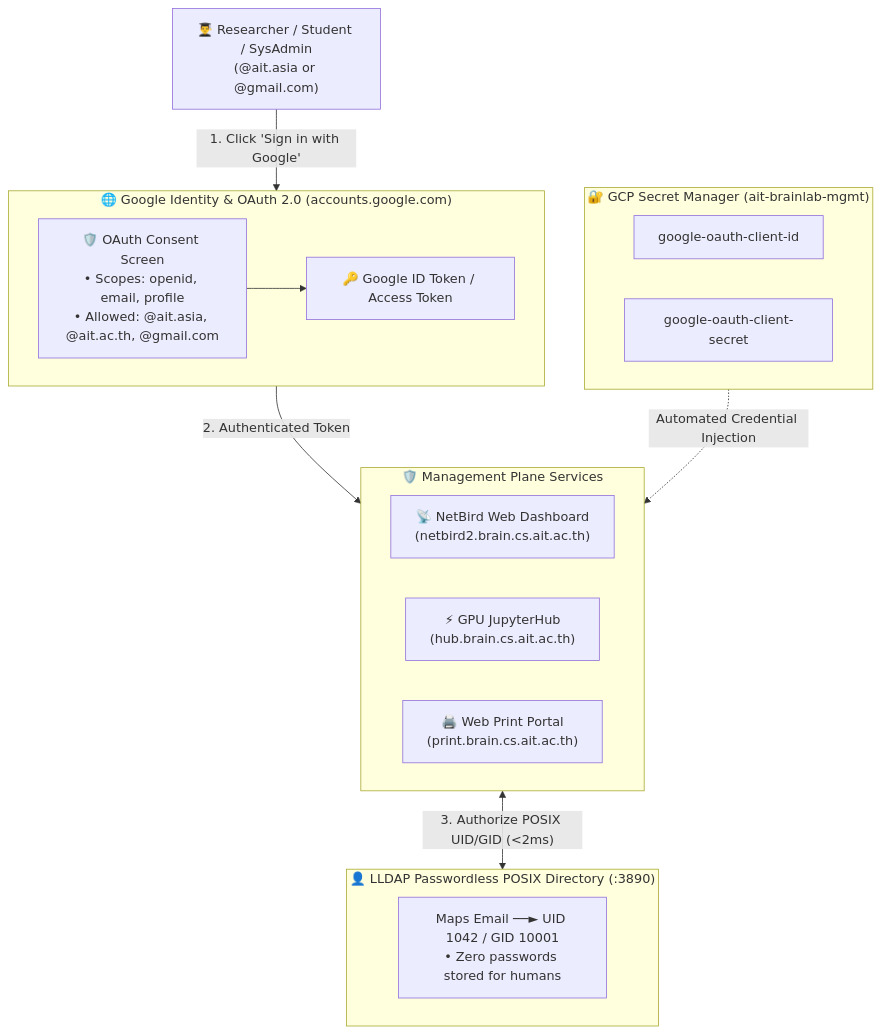
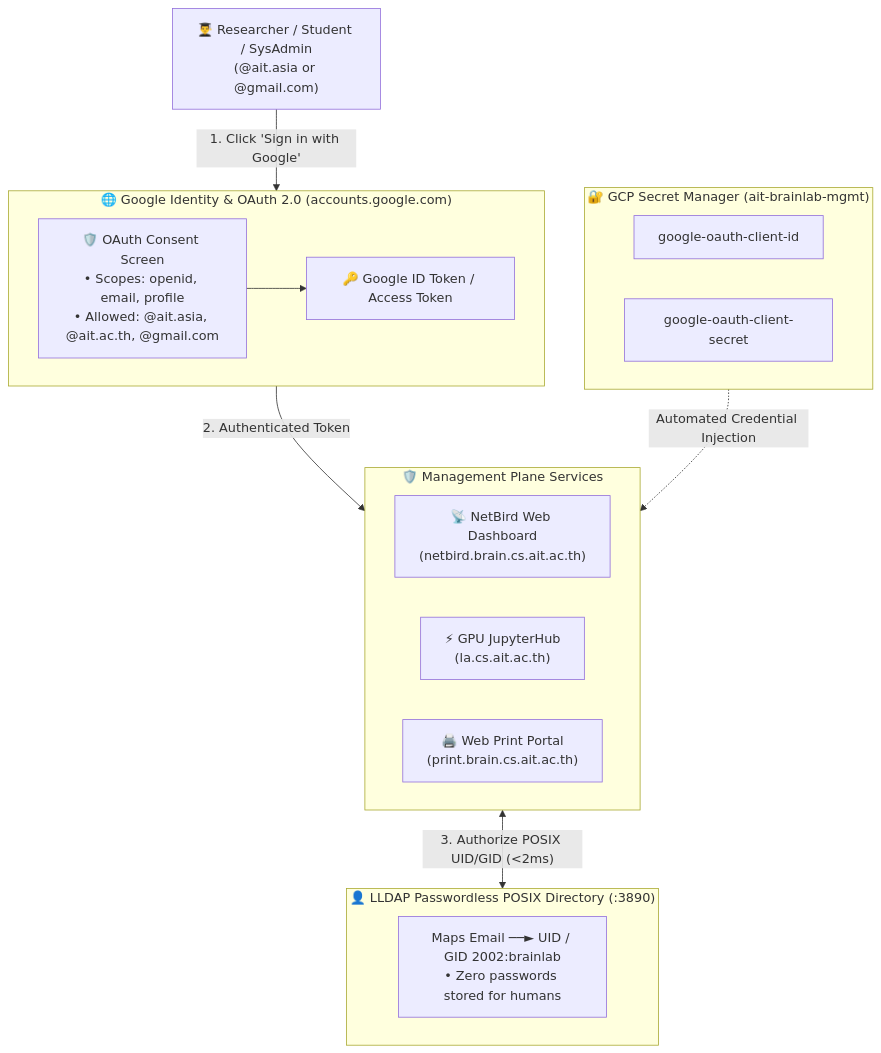
The diagram in mgmt/oauth_setup.md (AIT-brainlab/brainlab-base), drawn with Mermaid before and after one commit. The commit also changed other lines of this file and 13 other files, not shown here.

First line of the commit message:
docs: align all runbooks with canonical DNS, storage, and identity architecture

````diff
--- a/mgmt/oauth_setup.md
+++ b/mgmt/oauth_setup.md
@@ -19,30 +19,30 @@
 ```mermaid
 flowchart TD
     User["👨‍🎓 Researcher / Student / SysAdmin<br/>(@ait.asia or @gmail.com)"]
     
     subgraph GoogleOIDC ["🌐 Google Identity & OAuth 2.0 (accounts.google.com)"]
         OAuthScreen["🛡️ OAuth Consent Screen<br/>• Scopes: openid, email, profile<br/>• Allowed: @ait.asia, @ait.ac.th, @gmail.com"]
         GoogleTokens["🔑 Google ID Token / Access Token"]
         OAuthScreen --> GoogleTokens
     end
 
     subgraph SecretManager ["🔐 GCP Secret Manager (ait-brainlab-mgmt)"]
         SecClientID["google-oauth-client-id"]
         SecClientSecret["google-oauth-client-secret"]
     end
 
     subgraph ControlPlane ["🛡️ Management Plane Services"]
-        NetBird["📡 NetBird Web Dashboard<br/>(netbird2.brain.cs.ait.ac.th)"]
-        JupyterHub["⚡ GPU JupyterHub<br/>(hub.brain.cs.ait.ac.th)"]
+        NetBird["📡 NetBird Web Dashboard<br/>(netbird.brain.cs.ait.ac.th)"]
+        JupyterHub["⚡ GPU JupyterHub<br/>(la.cs.ait.ac.th)"]
         WebPrint["🖨️ Web Print Portal<br/>(print.brain.cs.ait.ac.th)"]
     end
 
     subgraph LLDAP_Dir ["👤 LLDAP Passwordless POSIX Directory (:3890)"]
-        POSIX["Maps Email ──► UID 1042 / GID 10001<br/>• Zero passwords stored for humans"]
+        POSIX["Maps Email ──► UID / GID 2002:brainlab<br/>• Zero passwords stored for humans"]
     end
 
     User -->|"1. Click 'Sign in with Google'"| GoogleOIDC
     GoogleOIDC -->|"2. Authenticated Token"| ControlPlane
     SecretManager -.->|"Automated Credential Injection"| ControlPlane
     ControlPlane <-->|"3. Authorize POSIX UID/GID (<2ms)"| LLDAP_Dir
 ```
````
